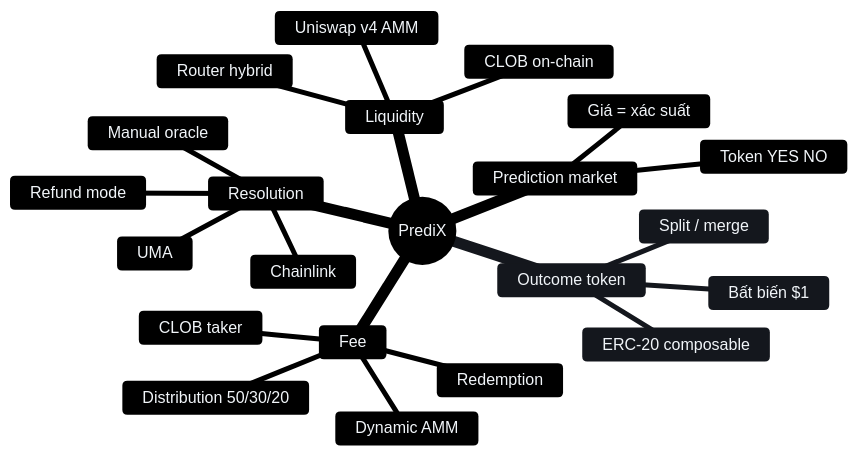
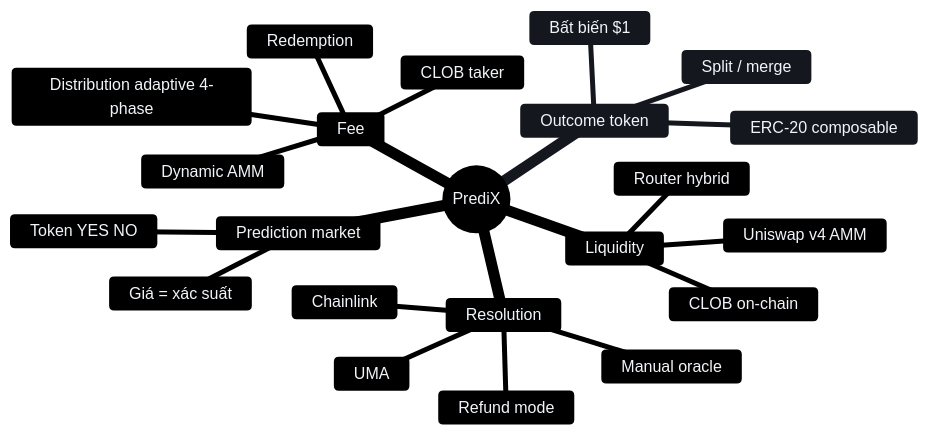
The diagram in vi_v6/khai-niem/README.md (PrediX-Protocol/predix-docs), drawn with Mermaid before and after one commit. The commit also changed 11 other files, not shown here.

````diff
--- a/vi_v6/khai-niem/README.md
+++ b/vi_v6/khai-niem/README.md
@@ -5,26 +5,26 @@
 ```mermaid
 %%{init: {"theme":"base","themeVariables":{"primaryColor":"#1e293b","primaryTextColor":"#f1f5f9","primaryBorderColor":"#475569","lineColor":"#94a3b8","background":"transparent","mainBkg":"#334155","tertiaryColor":"#475569"}}}%%
 mindmap
   root((PrediX))
     Prediction market
       Giá = xác suất
       Token YES NO
     Outcome token
       ERC-20 composable
       Split / merge
       Bất biến $1
     Liquidity
       CLOB on-chain
       Uniswap v4 AMM
       Router hybrid
     Resolution
       Manual oracle
       Chainlink
       UMA
       Refund mode
     Fee
       Dynamic AMM
       CLOB taker
       Redemption
-      Distribution 50/30/20
+      Distribution adaptive 4-phase
 ```
````
